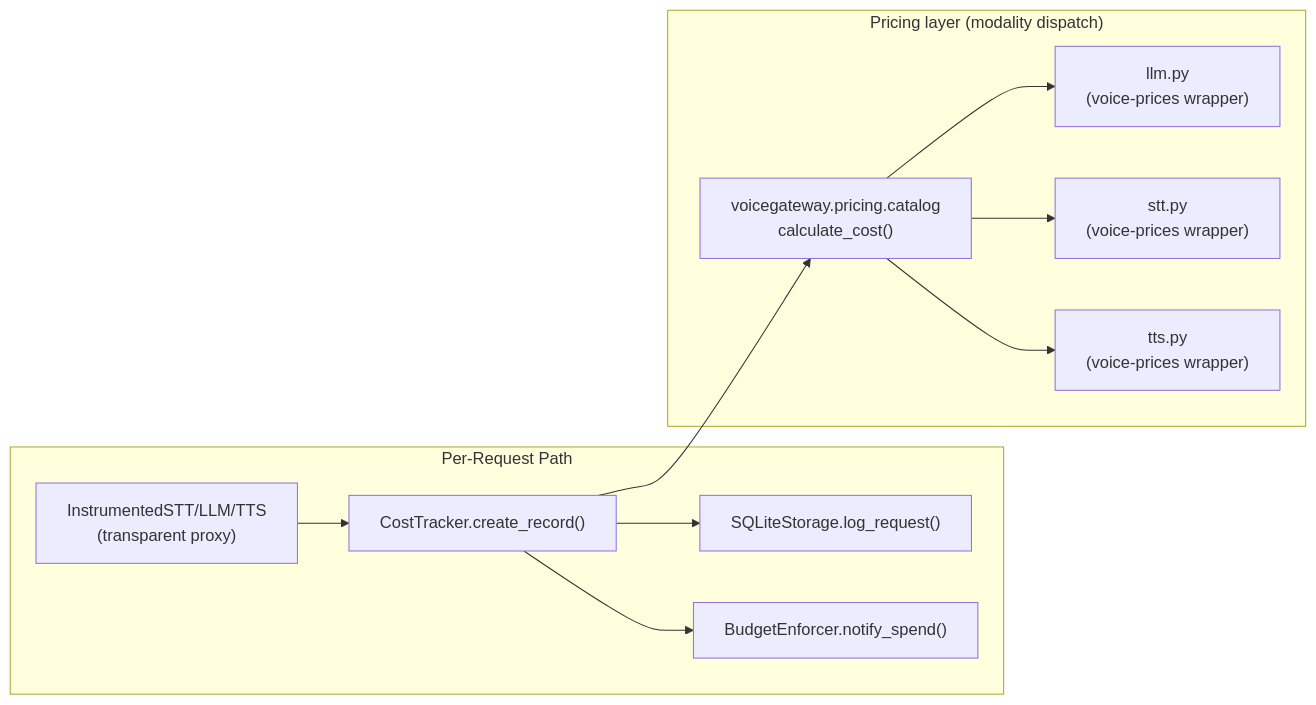
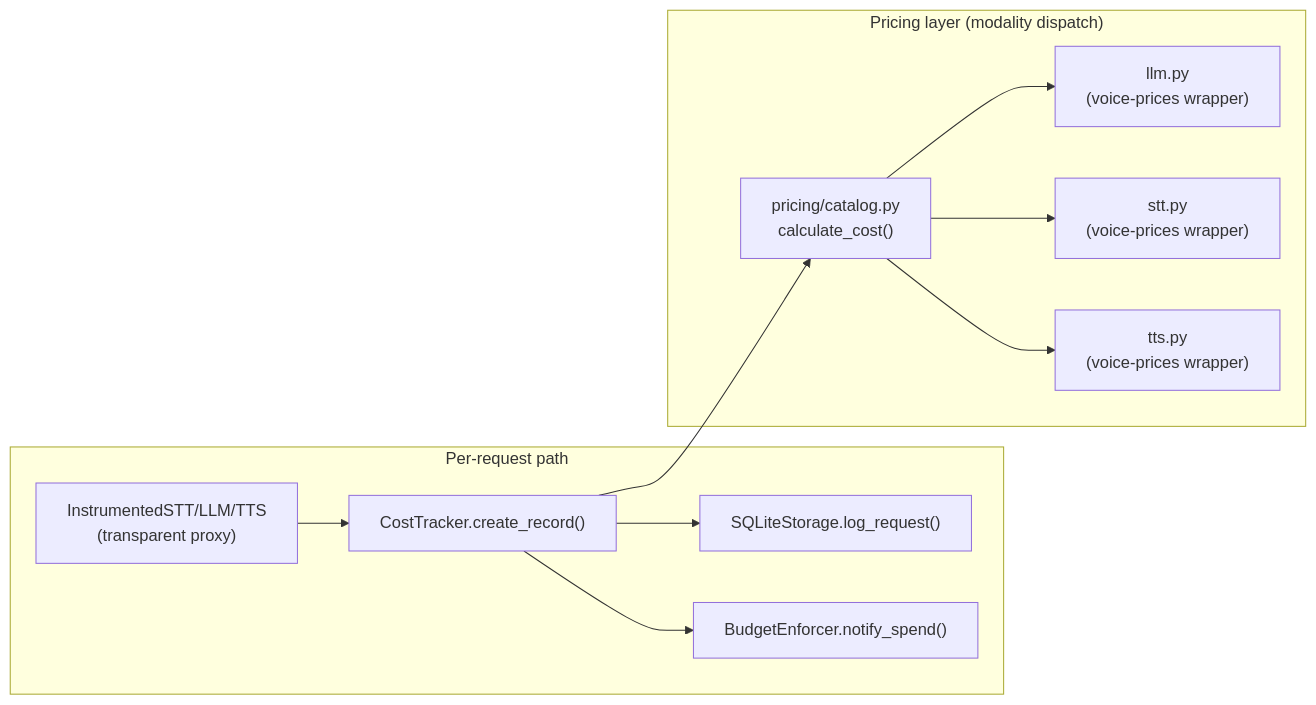
Before and after one commit to mahimailabs/voicegateway: the diagram in docs/architecture/cost-tracking.md, drawn with Mermaid. The commit also changed other lines of this file and 4 other files, not shown here.

First line of the commit message:
docs(architecture): rewrite Architecture part 1 (P11a) (#93)

````diff
--- a/docs/architecture/cost-tracking.md
+++ b/docs/architecture/cost-tracking.md
@@ -9,24 +12,24 @@
 ```mermaid
 graph LR
-    subgraph Request["Per-Request Path"]
+    subgraph Request["Per-request path"]
         WRAP["InstrumentedSTT/LLM/TTS<br/>(transparent proxy)"]
         CT["CostTracker.create_record()"]
         STORE["SQLiteStorage.log_request()"]
         BUDGET["BudgetEnforcer.notify_spend()"]
     end
 
     subgraph Pricing["Pricing layer (modality dispatch)"]
-        FACADE["voicegateway.pricing.catalog<br/>calculate_cost()"]
+        FACADE["pricing/catalog.py<br/>calculate_cost()"]
         LLM["llm.py<br/>(voice-prices wrapper)"]
         STT["stt.py<br/>(voice-prices wrapper)"]
         TTS["tts.py<br/>(voice-prices wrapper)"]
     end
 
     WRAP --> CT
     CT --> FACADE
     FACADE --> LLM
     FACADE --> STT
     FACADE --> TTS
     CT --> STORE
     CT --> BUDGET
 ```
````
